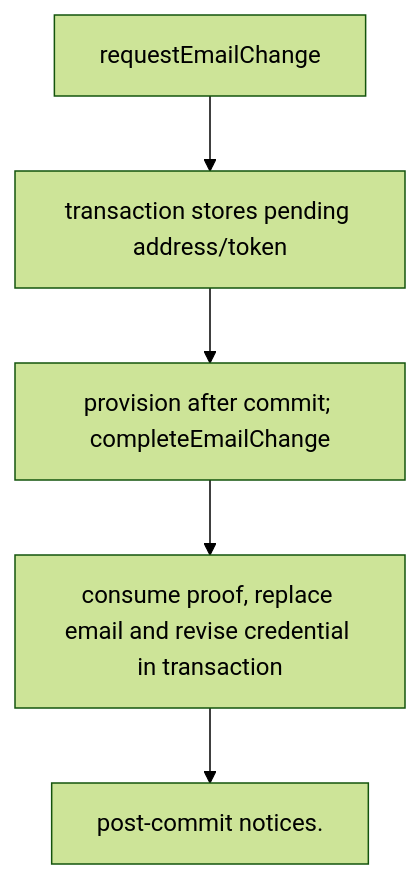
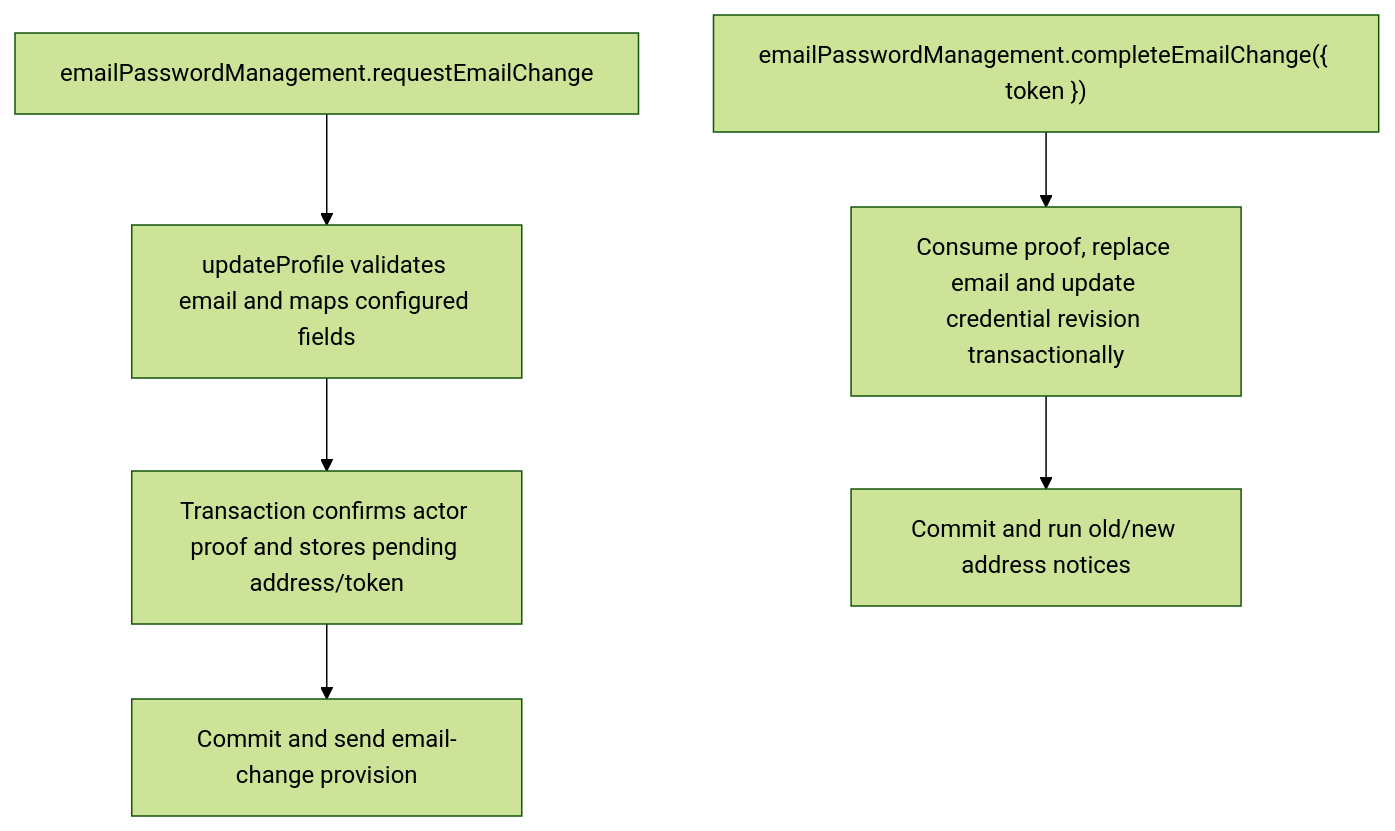
The second of 2 diagrams in user-stories/US-ACCOUNT-06-change-email.md (Kevinjohn/oss-adonisjs-account-kit), drawn with Mermaid (forest theme) before and after one commit. The commit also changed other lines of this file and 17 other files, not shown here.

````diff
--- a/user-stories/US-ACCOUNT-06-change-email.md
+++ b/user-stories/US-ACCOUNT-06-change-email.md
@@ -35,12 +32,8 @@
 ```mermaid
 flowchart TD
-    C0["requestEmailChange"]
-    C1["transaction stores pending address/token"]
-    C0 --> C1
-    C2["provision after commit; completeEmailChange"]
-    C1 --> C2
-    C3["consume proof, replace email and revise credential in transaction"]
-    C2 --> C3
-    C4["post-commit notices."]
-    C3 --> C4
+ A["emailPasswordManagement.requestEmailChange"] --> B["updateProfile validates email and maps configured fields"]
+ B --> C["Transaction confirms actor proof and stores pending address/token"]
+ C --> D["Commit and send email-change provision"]
+ E["emailPasswordManagement.completeEmailChange({ token })"] --> F["Consume proof, replace email and update credential revision transactionally"]
+ F --> G["Commit and run old/new address notices"]
 ```
````
